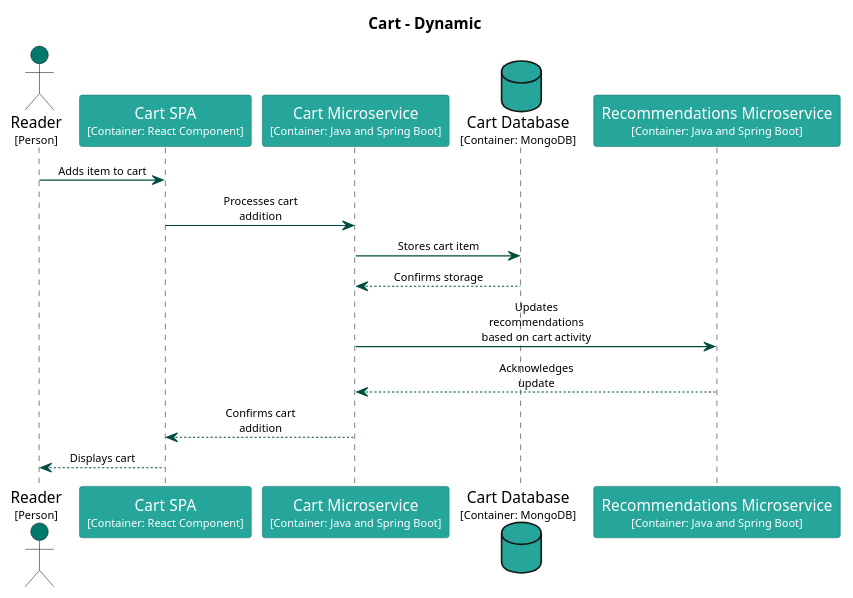
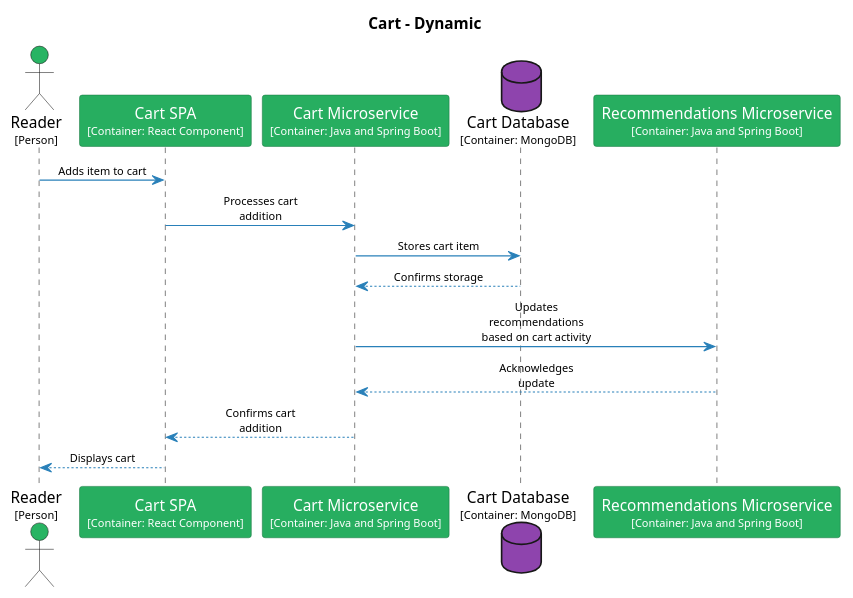
Before and after one commit to Goodmorning918/E-Library-Architecture: the diagram in main/puml/add-item-to-cart.puml, drawn with PlantUML. The commit also changed 169 other files, not shown here.

Commit message:
Deploying to gh-pages from @ Goodmorning918/E-Library-Architecture@5575a2e2585bacf25a31136d9ee4edd99183c80b 🚀

```diff
--- a/main/puml/add-item-to-cart.puml
+++ b/main/puml/add-item-to-cart.puml
@@ -1,58 +1,58 @@
 @startuml
 set separator none
 title Cart - Dynamic
 
 skinparam {
   arrowFontSize 10
   defaultTextAlignment center
   wrapWidth 200
   maxMessageSize 100
 }
 
 hide stereotype
 
 skinparam sequenceParticipant<<Cart.CartDatabase>> {
-  BackgroundColor #26a69a
+  BackgroundColor #8e44ad
   FontColor #ffffff
-  BorderColor #1a746b
+  BorderColor #632f79
   shadowing false
 }
 skinparam sequenceParticipant<<Cart.CartMicroservice>> {
-  BackgroundColor #26a69a
+  BackgroundColor #27ae60
   FontColor #ffffff
-  BorderColor #1a746b
+  BorderColor #1b7943
   shadowing false
 }
 skinparam sequenceParticipant<<Cart.CartSPA>> {
-  BackgroundColor #26a69a
+  BackgroundColor #27ae60
   FontColor #ffffff
-  BorderColor #1a746b
+  BorderColor #1b7943
   shadowing false
 }
 skinparam sequenceParticipant<<Reader>> {
-  BackgroundColor #00796b
+  BackgroundColor #28b463
   FontColor #ffffff
-  BorderColor #00544a
+  BorderColor #1c7d45
   shadowing false
 }
 skinparam sequenceParticipant<<Recommendations.RecommendationsMicroservice>> {
-  BackgroundColor #26a69a
+  BackgroundColor #27ae60
   FontColor #ffffff
-  BorderColor #1a746b
+  BorderColor #1b7943
   shadowing false
 }
 
-actor "Reader\n<size:10>[Person]</size>" as Reader <<Reader>> #00796b
-participant "Cart SPA\n<size:10>[Container: React Component]</size>" as Cart.CartSPA <<Cart.CartSPA>> #26a69a
-participant "Cart Microservice\n<size:10>[Container: Java and Spring Boot]</size>" as Cart.CartMicroservice <<Cart.CartMicroservice>> #26a69a
-database "Cart Database\n<size:10>[Container: MongoDB]</size>" as Cart.CartDatabase <<Cart.CartDatabase>> #26a69a
-participant "Recommendations Microservice\n<size:10>[Container: Java and Spring Boot]</size>" as Recommendations.RecommendationsMicroservice <<Recommendations.RecommendationsMicroservice>> #26a69a
-Reader -[#004d40]> Cart.CartSPA : Adds item to cart
-Cart.CartSPA -[#004d40]> Cart.CartMicroservice : Processes cart addition
-Cart.CartMicroservice -[#004d40]> Cart.CartDatabase : Stores cart item
-Cart.CartMicroservice <-[#004d40]- Cart.CartDatabase : Confirms storage
-Cart.CartMicroservice -[#004d40]> Recommendations.RecommendationsMicroservice : Updates recommendations based on cart activity
-Cart.CartMicroservice <-[#004d40]- Recommendations.RecommendationsMicroservice : Acknowledges update
-Cart.CartSPA <-[#004d40]- Cart.CartMicroservice : Confirms cart addition
-Reader <-[#004d40]- Cart.CartSPA : Displays cart
+actor "Reader\n<size:10>[Person]</size>" as Reader <<Reader>> #28b463
+participant "Cart SPA\n<size:10>[Container: React Component]</size>" as Cart.CartSPA <<Cart.CartSPA>> #27ae60
+participant "Cart Microservice\n<size:10>[Container: Java and Spring Boot]</size>" as Cart.CartMicroservice <<Cart.CartMicroservice>> #27ae60
+database "Cart Database\n<size:10>[Container: MongoDB]</size>" as Cart.CartDatabase <<Cart.CartDatabase>> #8e44ad
+participant "Recommendations Microservice\n<size:10>[Container: Java and Spring Boot]</size>" as Recommendations.RecommendationsMicroservice <<Recommendations.RecommendationsMicroservice>> #27ae60
+Reader -[#2980b9]> Cart.CartSPA : Adds item to cart
+Cart.CartSPA -[#2980b9]> Cart.CartMicroservice : Processes cart addition
+Cart.CartMicroservice -[#2980b9]> Cart.CartDatabase : Stores cart item
+Cart.CartMicroservice <-[#2980b9]- Cart.CartDatabase : Confirms storage
+Cart.CartMicroservice -[#2980b9]> Recommendations.RecommendationsMicroservice : Updates recommendations based on cart activity
+Cart.CartMicroservice <-[#2980b9]- Recommendations.RecommendationsMicroservice : Acknowledges update
+Cart.CartSPA <-[#2980b9]- Cart.CartMicroservice : Confirms cart addition
+Reader <-[#2980b9]- Cart.CartSPA : Displays cart
 @enduml
```
